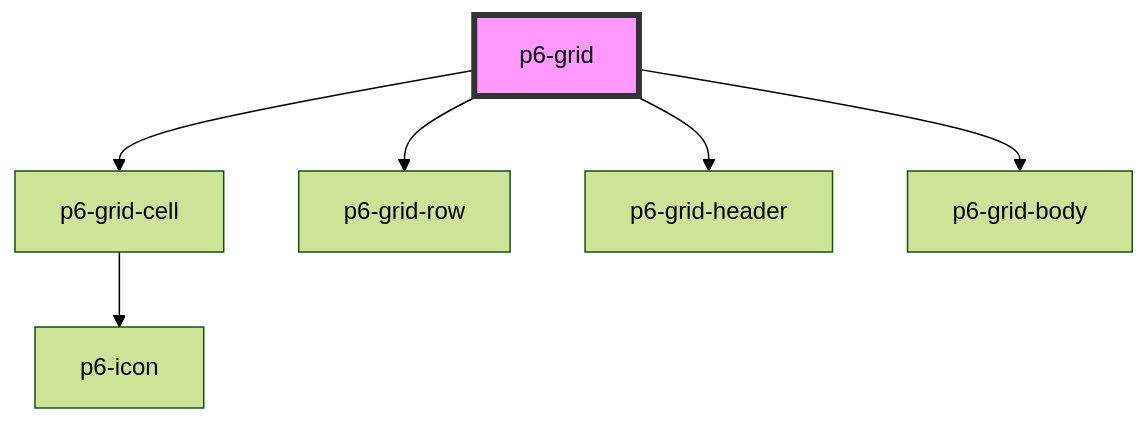
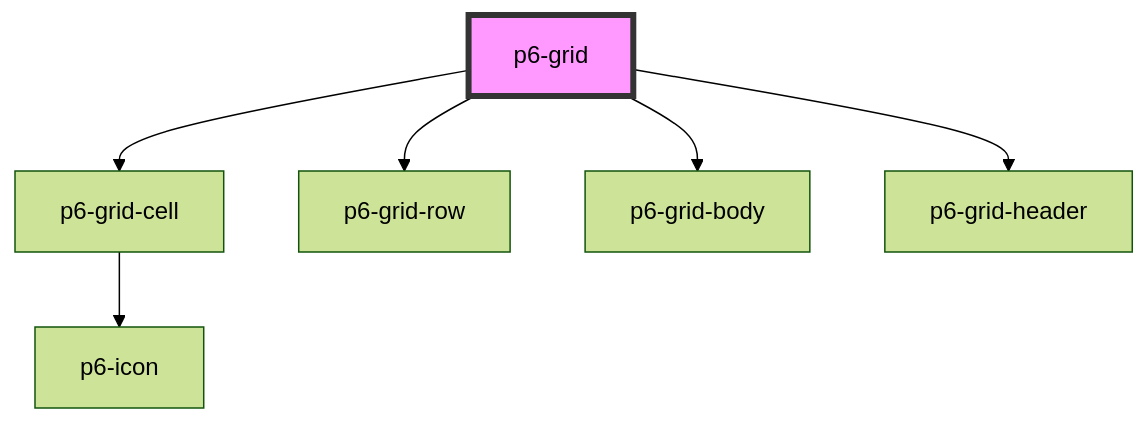
Before and after one commit to amalto/platform6-ui-components: the diagram in src/components/molecules/p6-grid/readme.md, drawn with Mermaid (forest theme). The commit also changed other lines of this file and 11 other files, not shown here.

````diff
--- a/src/components/molecules/p6-grid/readme.md
+++ b/src/components/molecules/p6-grid/readme.md
@@ -24,9 +25,9 @@
 ```mermaid
 graph TD;
   p6-grid --> p6-grid-cell
   p6-grid --> p6-grid-row
+  p6-grid --> p6-grid-body
   p6-grid --> p6-grid-header
-  p6-grid --> p6-grid-body
   p6-grid-cell --> p6-icon
   style p6-grid fill:#f9f,stroke:#333,stroke-width:4px
 ```
````
